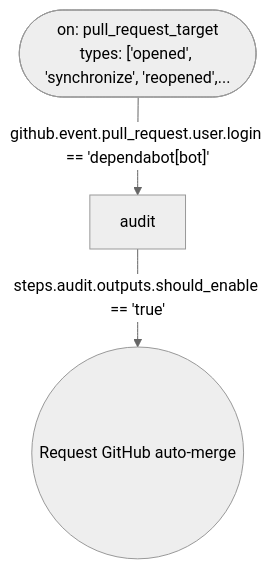
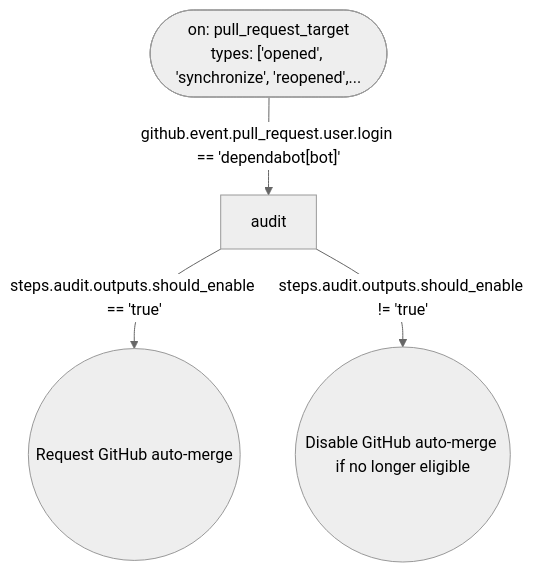
Before and after one commit to tvna/claude-md: the diagram in docs/generated/workflows/dependabot-automerge-if-branches.md, drawn with Mermaid (neutral theme). The commit also changed 4 other files, not shown here.

First line of the commit message:
feat(automerge): block and revoke auto-merge on threat-intel labels (#1264)

````diff
--- a/docs/generated/workflows/dependabot-automerge-if-branches.md
+++ b/docs/generated/workflows/dependabot-automerge-if-branches.md
@@ -5,11 +5,13 @@
 ```mermaid
 flowchart TD
 
     T_pull_request_target(["on: pull_request_target\ntypes: ['opened', 'synchronize', 'reopened',..."])
 
     J_audit["audit"]
     S_J_audit_0(("Request GitHub auto-merge"))
+    S_J_audit_1(("Disable GitHub auto-merge if no longer eligible"))
 
     T_pull_request_target -->|"github.event.pull_request.user.login == 'dependabot[bot]'"| J_audit
     J_audit -->|"steps.audit.outputs.should_enable == 'true'"| S_J_audit_0
+    J_audit -->|"steps.audit.outputs.should_enable != 'true'"| S_J_audit_1
 ```
````
